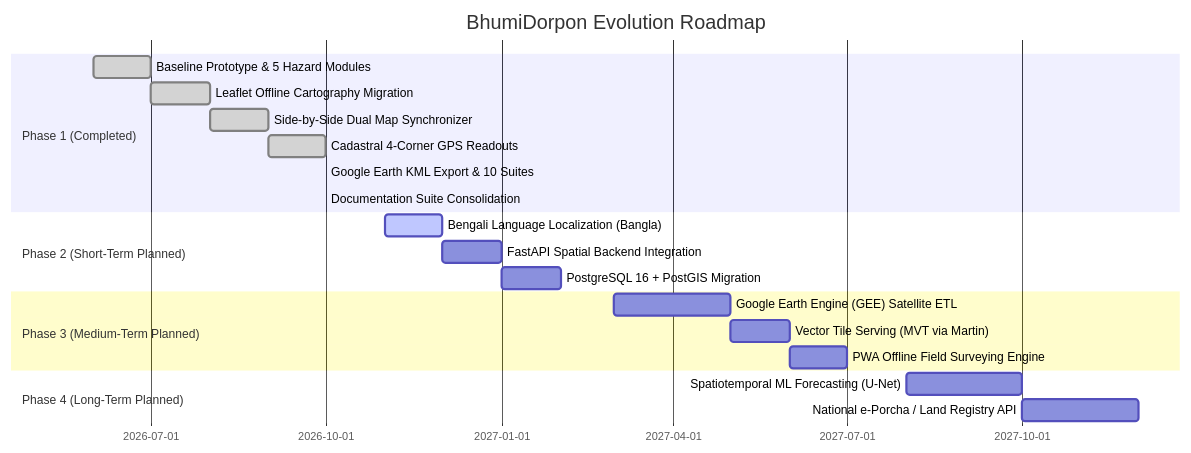
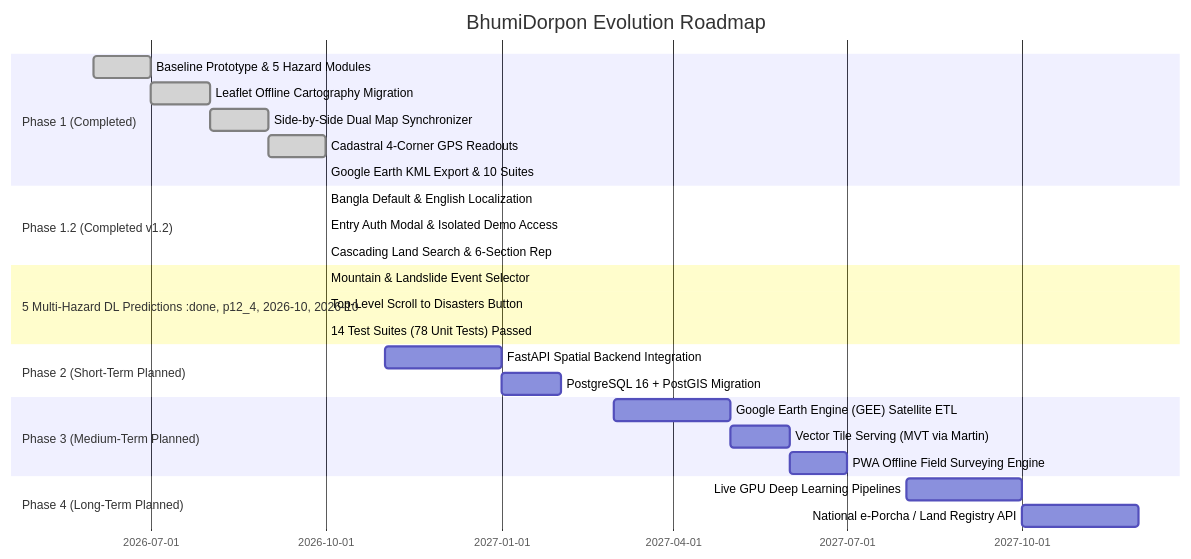
One commit to panthoraj-005/Bhumi-Dorpon changed the diagram in docs/PROJECT_ROADMAP.md. Above: the diagram before and after it, drawn with Mermaid. The commit also changed other lines of this file and 82 other files, not shown here.

Commit message:
feat: complete land search, auth demo access, mountain event selector, and localized translations

````diff
--- a/docs/PROJECT_ROADMAP.md
+++ b/docs/PROJECT_ROADMAP.md
@@ -31,23 +33,29 @@
 ```mermaid
 gantt
     title BhumiDorpon Evolution Roadmap
     dateFormat  YYYY-MM
     section Phase 1 (Completed)
     Baseline Prototype & 5 Hazard Modules  :done, p1_1, 2026-06, 2026-07
     Leaflet Offline Cartography Migration :done, p1_2, 2026-07, 2026-08
     Side-by-Side Dual Map Synchronizer    :done, p1_3, 2026-08, 2026-09
     Cadastral 4-Corner GPS Readouts       :done, p1_4, 2026-09, 2026-10
     Google Earth KML Export & 10 Suites   :done, p1_5, 2026-10, 2026-10
-    Documentation Suite Consolidation     :done, p1_6, 2026-10, 2026-10
+    section Phase 1.2 (Completed v1.2)
+    Bangla Default & English Localization :done, p12_1, 2026-10, 2026-10
+    Entry Auth Modal & Isolated Demo Access:done, p12_2, 2026-10, 2026-10
+    Cascading Land Search & 6-Section Rep :done, p12_3, 2026-10, 2026-10
+    Section 5 Multi-Hazard DL Predictions :done, p12_4, 2026-10, 2026-10
+    Mountain & Landslide Event Selector   :done, p12_5, 2026-10, 2026-10
+    Top-Level Scroll to Disasters Button  :done, p12_6, 2026-10, 2026-10
+    14 Test Suites (78 Unit Tests) Passed :done, p12_7, 2026-10, 2026-10
     section Phase 2 (Short-Term Planned)
-    Bengali Language Localization (Bangla):active, p2_1, 2026-11, 2026-12
-    FastAPI Spatial Backend Integration   :p2_2, 2026-12, 2027-01
-    PostgreSQL 16 + PostGIS Migration     :p2_3, 2027-01, 2027-02
+    FastAPI Spatial Backend Integration   :p2_1, 2026-11, 2027-01
+    PostgreSQL 16 + PostGIS Migration     :p2_2, 2027-01, 2027-02
     section Phase 3 (Medium-Term Planned)
     Google Earth Engine (GEE) Satellite ETL:p3_1, 2027-03, 2027-05
     Vector Tile Serving (MVT via Martin)  :p3_2, 2027-05, 2027-06
     PWA Offline Field Surveying Engine    :p3_3, 2027-06, 2027-07
     section Phase 4 (Long-Term Planned)
-    Spatiotemporal ML Forecasting (U-Net) :p4_1, 2027-08, 2027-10
+    Live GPU Deep Learning Pipelines      :p4_1, 2027-08, 2027-10
     National e-Porcha / Land Registry API :p4_2, 2027-10, 2027-12
 ```
````
